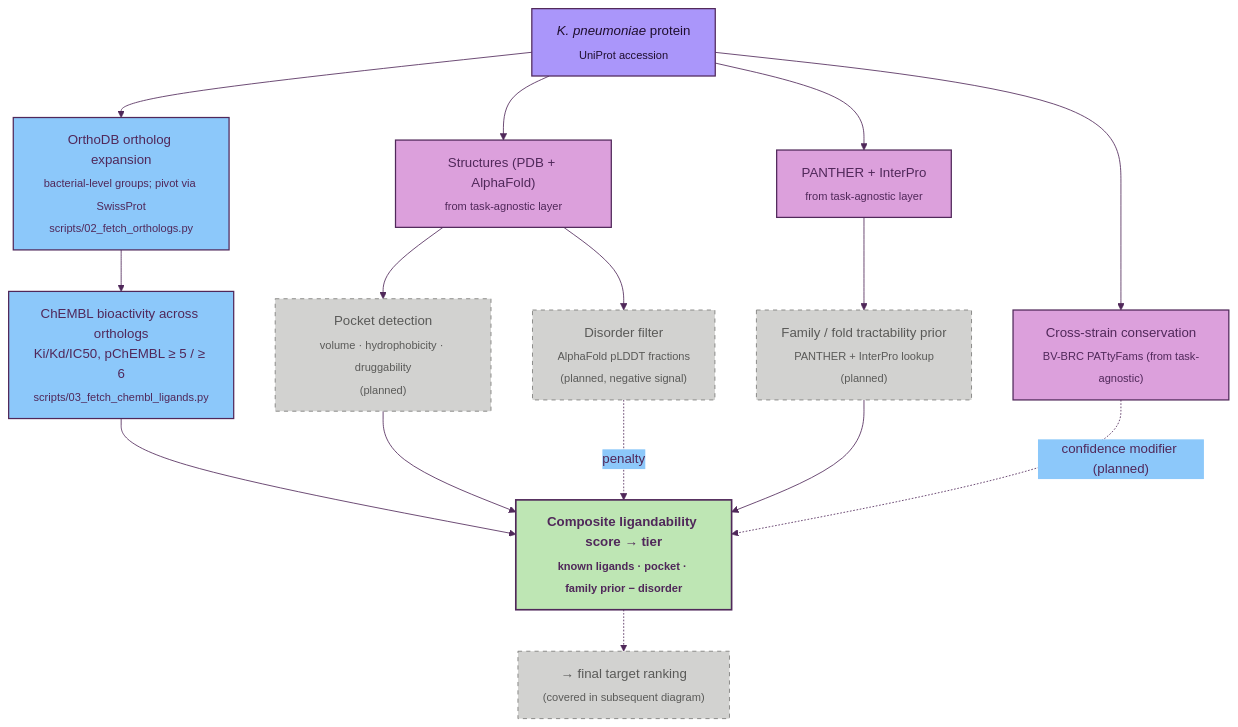
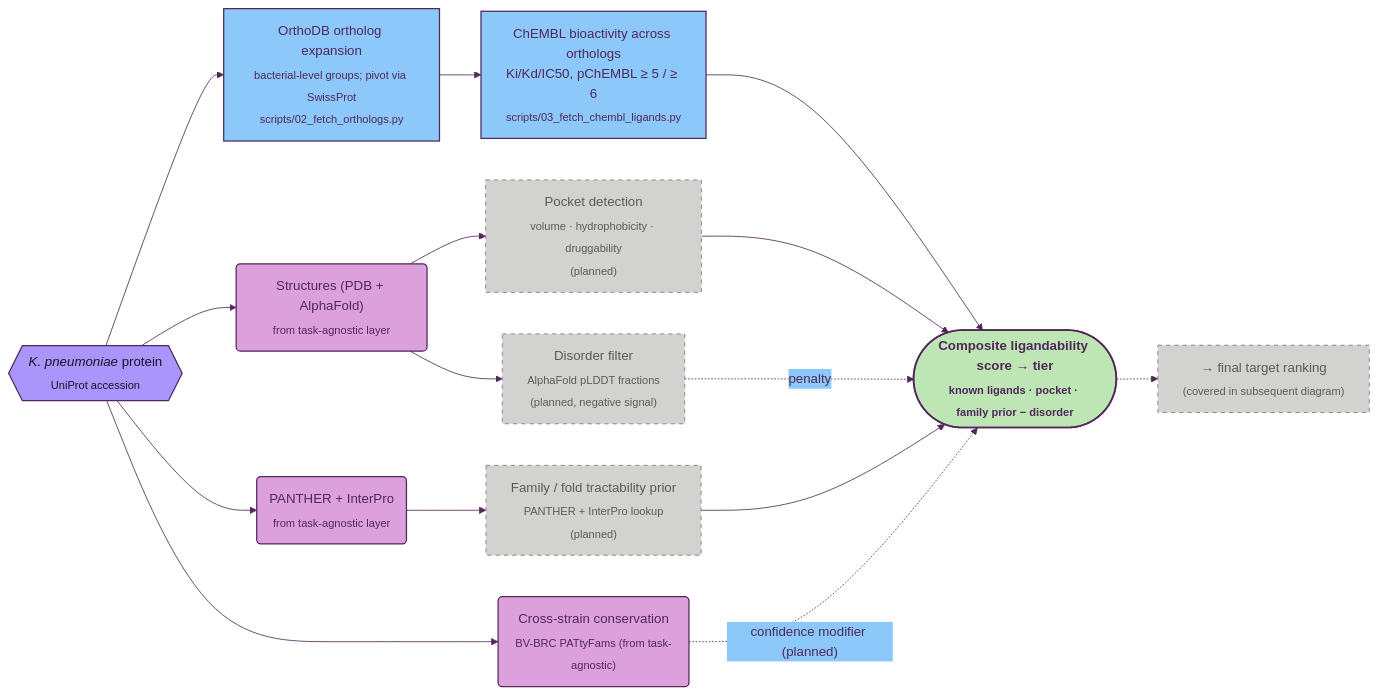
One commit to ersilia-os/gradi-target-prioritization changed the diagram in docs/02_ligandability.md. Above: the diagram before and after it, drawn with Mermaid. The commit also changed 4 other files, not shown here.

Commit message:
diagramming

````diff
--- a/docs/02_ligandability.md
+++ b/docs/02_ligandability.md
@@ -13,36 +13,36 @@
 ```mermaid
 %%{init: {'theme':'base','themeVariables':{'primaryColor':'#FAD782','primaryBorderColor':'#50285A','primaryTextColor':'#50285A','lineColor':'#50285A','secondaryColor':'#8CC8FA','tertiaryColor':'#BEE6B4','fontFamily':'Inter, system-ui, sans-serif'}}}%%
-flowchart TD
+flowchart LR
     classDef source    fill:#AA96FA,stroke:#50285A,stroke-width:1.5px,color:#1F0F2E
     classDef dataset   fill:#FAD782,stroke:#50285A,stroke-width:1.5px,color:#50285A
     classDef method    fill:#8CC8FA,stroke:#50285A,stroke-width:1.5px,color:#50285A
     classDef result    fill:#BEE6B4,stroke:#50285A,stroke-width:2px,color:#50285A,font-weight:bold
     classDef tagnostic fill:#DCA0DC,stroke:#50285A,stroke-width:1.5px,color:#50285A
     classDef stub      fill:#FAA08C,stroke:#50285A,stroke-width:1.5px,stroke-dasharray:6 3,color:#50285A
     classDef planned   fill:#D2D2D0,stroke:#7A7A78,stroke-width:1px,stroke-dasharray:5 5,color:#5A5A58
 
-    P["<i>K. pneumoniae</i> protein<br/><sub>UniProt accession</sub>"]:::source
+    P{{"<i>K. pneumoniae</i> protein<br/><sub>UniProt accession</sub>"}}:::source
 
-    STR["Structures (PDB + AlphaFold)<br/><sub>from task-agnostic layer</sub>"]:::tagnostic
-    FAM["PANTHER + InterPro<br/><sub>from task-agnostic layer</sub>"]:::tagnostic
-    CONS["Cross-strain conservation<br/><sub>BV-BRC PATtyFams (from task-agnostic)</sub>"]:::tagnostic
+    STR("Structures (PDB + AlphaFold)<br/><sub>from task-agnostic layer</sub>"):::tagnostic
+    FAM("PANTHER + InterPro<br/><sub>from task-agnostic layer</sub>"):::tagnostic
+    CONS("Cross-strain conservation<br/><sub>BV-BRC PATtyFams (from task-agnostic)</sub>"):::tagnostic
 
     P --> ORTH["OrthoDB ortholog expansion<br/><sub>bacterial-level groups; pivot via SwissProt</sub><br/><sub>scripts/02_fetch_orthologs.py</sub>"]:::method
     ORTH --> CHEM["ChEMBL bioactivity across orthologs<br/>Ki/Kd/IC50, pChEMBL ≥ 5 / ≥ 6<br/><sub>scripts/03_fetch_chembl_ligands.py</sub>"]:::method
 
     P --> STR
     P --> FAM
     P --> CONS
 
     STR --> POCK["Pocket detection<br/><sub>volume · hydrophobicity · druggability</sub><br/><sub>(planned)</sub>"]:::planned
     STR --> DIS["Disorder filter<br/><sub>AlphaFold pLDDT fractions</sub><br/><sub>(planned, negative signal)</sub>"]:::planned
     FAM --> PRIOR["Family / fold tractability prior<br/><sub>PANTHER + InterPro lookup</sub><br/><sub>(planned)</sub>"]:::planned
 
-    CHEM  --> SCORE["Composite ligandability score → tier<br/><sub>known ligands · pocket · family prior − disorder</sub>"]:::result
+    CHEM  --> SCORE(["Composite ligandability score → tier<br/><sub>known ligands · pocket · family prior − disorder</sub>"]):::result
     POCK  --> SCORE
     PRIOR --> SCORE
     DIS  -.->|"penalty"| SCORE
     CONS -.->|"confidence modifier (planned)"| SCORE
 
     SCORE -.-> NEXT["→ final target ranking<br/><sub>(covered in subsequent diagram)</sub>"]:::planned
 ```
````
